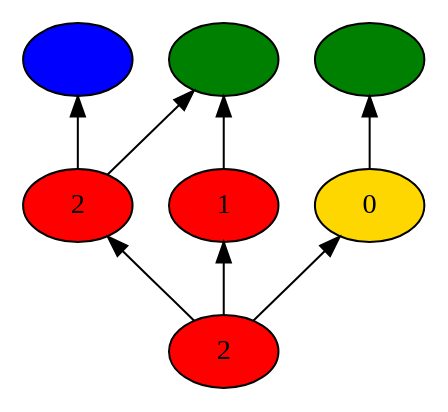
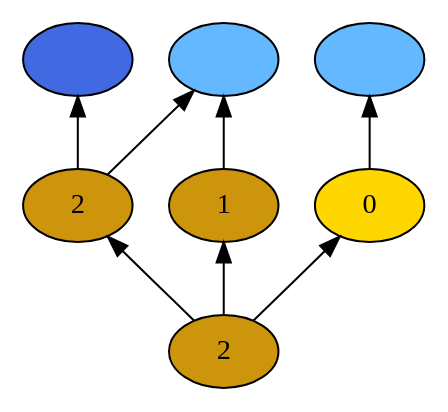
One commit to probcomp/Venturecxx changed the diagram in backend/cxx/pdf_graphs/tutorial_1/dot5.dot. Above: the diagram before and after it, drawn with Graphviz. The commit also changed 108 other files, not shown here.

```diff
--- a/backend/cxx/pdf_graphs/tutorial_1/dot5.dot
+++ b/backend/cxx/pdf_graphs/tutorial_1/dot5.dot
@@ -1,18 +1,18 @@
 digraph {
 rankdir=BT
 fontsize=24
-1["shape" ="ellipse" "style" ="filled" "fillcolor" ="red" "label" ="2" ]
-2["shape" ="ellipse" "style" ="filled" "fillcolor" ="red" "label" ="2" ]
-3["shape" ="ellipse" "style" ="filled" "fillcolor" ="red" "label" ="1" ]
+1["shape" ="ellipse" "style" ="filled" "fillcolor" ="darkgoldenrod3" "label" ="2" ]
+2["shape" ="ellipse" "style" ="filled" "fillcolor" ="darkgoldenrod3" "label" ="2" ]
+3["shape" ="ellipse" "style" ="filled" "fillcolor" ="darkgoldenrod3" "label" ="1" ]
 4["shape" ="ellipse" "style" ="filled" "fillcolor" ="gold" "label" ="0" ]
-5["shape" ="ellipse" "style" ="filled" "fillcolor" ="blue" "label" ="" ]
-6["shape" ="ellipse" "style" ="filled" "fillcolor" ="green" "label" ="" ]
-7["shape" ="ellipse" "style" ="filled" "fillcolor" ="green" "label" ="" ]
+5["shape" ="ellipse" "style" ="filled" "fillcolor" ="royalblue" "label" ="" ]
+6["shape" ="ellipse" "style" ="filled" "fillcolor" ="steelblue1" "label" ="" ]
+7["shape" ="ellipse" "style" ="filled" "fillcolor" ="steelblue1" "label" ="" ]
 1 -> 2["color" ="black" "style" ="solid" "arrowhead" ="normal" ]
 1 -> 3["color" ="black" "style" ="solid" "arrowhead" ="normal" ]
 1 -> 4["color" ="black" "style" ="solid" "arrowhead" ="normal" ]
 2 -> 5["color" ="black" "style" ="solid" "arrowhead" ="normal" ]
 2 -> 6["color" ="black" "style" ="solid" "arrowhead" ="normal" ]
 3 -> 6["color" ="black" "style" ="solid" "arrowhead" ="normal" ]
 4 -> 7["color" ="black" "style" ="solid" "arrowhead" ="normal" ]
 }
```
